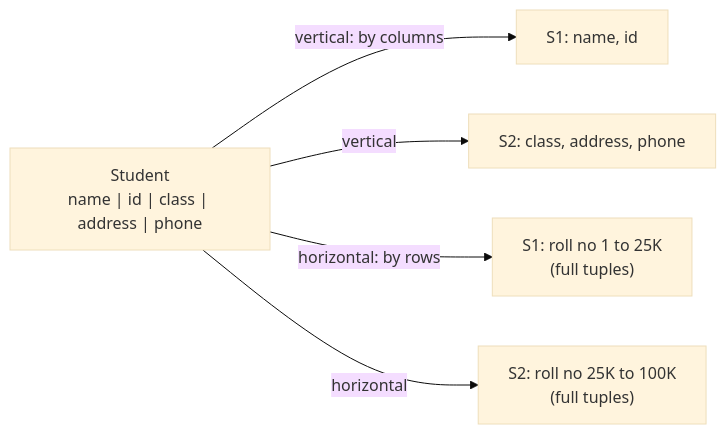
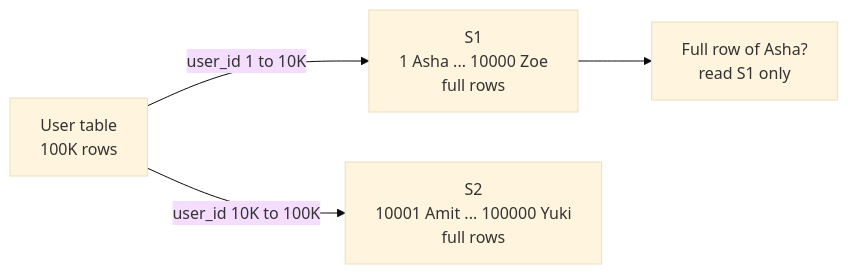
The fourth of 10 diagrams in dbms/18-partitioning-sharding.md (aaryan-pradhan/core-cs-fundamentals), drawn with Mermaid (base theme) before and after one commit. The commit also changed other lines of this file, not shown here.

````diff
--- a/dbms/18-partitioning-sharding.md
+++ b/dbms/18-partitioning-sharding.md
@@ -75,8 +57,6 @@
-   ```mermaid
-   flowchart LR
-     T["Student<br/>name | id | class | address | phone"]
-     T -- "vertical: by columns" --> V1["S1: name, id"]
-     T -- "vertical" --> V2["S2: class, address, phone"]
-     T -- "horizontal: by rows" --> H1["S1: roll no 1 to 25K<br/>(full tuples)"]
-     T -- "horizontal" --> H2["S2: roll no 25K to 100K<br/>(full tuples)"]
-   ```
+```mermaid
+flowchart LR
+  T["User table<br/>100K rows"] -- "user_id 1 to 10K" --> S1["S1<br/>1 Asha ... 10000 Zoe<br/>full rows"]
+  T -- "user_id 10K to 100K" --> S2["S2<br/>10001 Amit ... 100000 Yuki<br/>full rows"]
+  S1 --> I["Full row of Asha?<br/>read S1 only"]
+```
````
